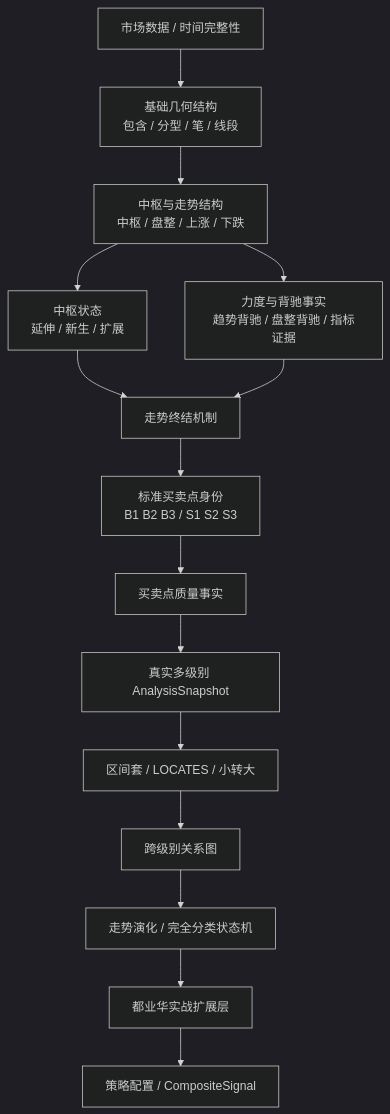
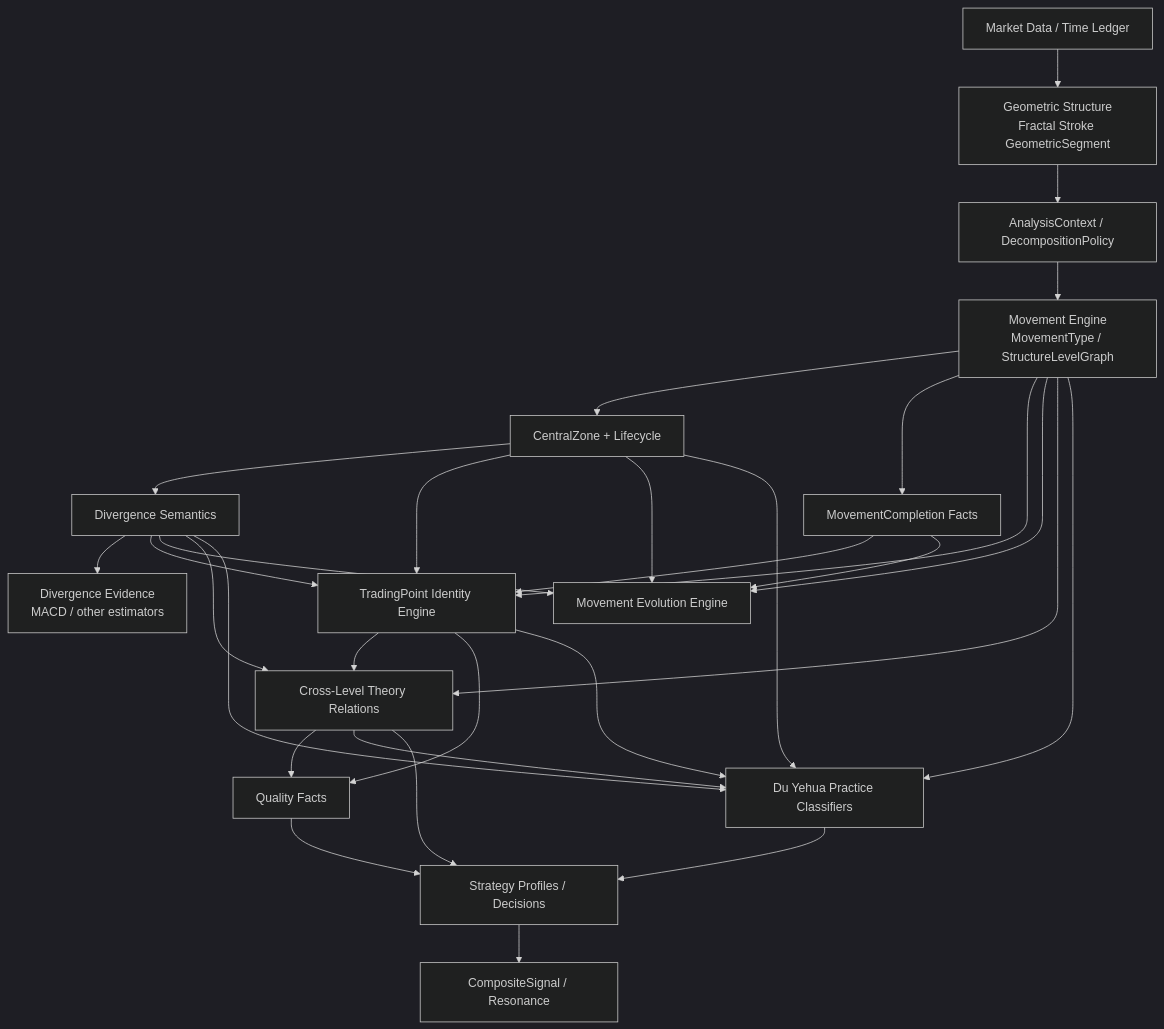
The diagram in docs/ARCHITECTURE.md (pyxm1618/chan-new), drawn with Mermaid (dark theme) before and after one commit. The commit also changed other lines of this file, not shown here.

Commit message:
Refine terminal architecture after adversarial theory review

````diff
--- a/docs/ARCHITECTURE.md
+++ b/docs/ARCHITECTURE.md
@@ -176,17 +292,39 @@
 ```mermaid
 flowchart TD
-    A[市场数据 / 时间完整性] --> B[基础几何结构\n包含 / 分型 / 笔 / 线段]
-    B --> C[中枢与走势结构\n中枢 / 盘整 / 上涨 / 下跌]
-    C --> D[中枢状态\n延伸 / 新生 / 扩展]
-    C --> E[力度与背驰事实\n趋势背驰 / 盘整背驰 / 指标证据]
-    D --> F[走势终结机制]
-    E --> F
-    F --> G[标准买卖点身份\nB1 B2 B3 / S1 S2 S3]
-    G --> H[买卖点质量事实]
-    H --> I[真实多级别 AnalysisSnapshot]
-    I --> J[区间套 / LOCATES / 小转大]
-    J --> K[跨级别关系图]
-    K --> L[走势演化 / 完全分类状态机]
-    L --> M[都业华实战扩展层]
-    M --> N[策略配置 / CompositeSignal]
+    A[Market Data / Time Ledger] --> B[Geometric Structure\nFractal Stroke GeometricSegment]
+    B --> C[AnalysisContext / DecompositionPolicy]
+    C --> D[Movement Engine\nMovementType / StructureLevelGraph]
+    D --> E[CentralZone + Lifecycle]
+    D --> F[MovementCompletion Facts]
+    E --> G[Divergence Semantics]
+    G --> H[Divergence Evidence\nMACD / other estimators]
+
+    D --> I[TradingPoint Identity Engine]
+    E --> I
+    F --> I
+    G --> I
+
+    D --> J[Movement Evolution Engine]
+    E --> J
+    F --> J
+    G --> J
+
+    I --> K[Cross-Level Theory Relations]
+    D --> K
+    G --> K
+
+    I --> L[Quality Facts]
+    K --> L
+
+    D --> M[Du Yehua Practice Classifiers]
+    E --> M
+    G --> M
+    I --> M
+    K --> M
+
+    L --> N[Strategy Profiles / Decisions]
+    M --> N
+    K --> N
+
+    N --> O[CompositeSignal / Resonance]
 ```
````
